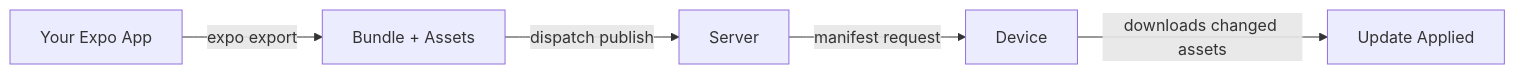
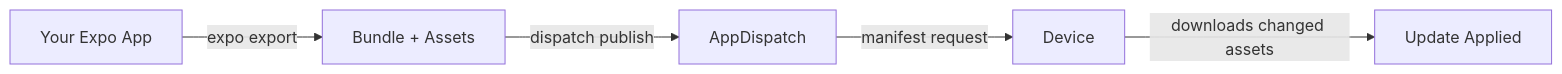
The diagram in app/getting-started/page.mdx (AppDispatch/docs), drawn with Mermaid before and after one commit. The commit also changed other lines of this file and 9 other files, not shown here.

````diff
--- a/app/getting-started/page.mdx
+++ b/app/getting-started/page.mdx
@@ -50,7 +86,7 @@
 ```mermaid
 flowchart LR
   A[Your Expo App] -->|expo export| B[Bundle + Assets]
-  B -->|dispatch publish| C[Server]
+  B -->|dispatch publish| C[AppDispatch]
   C -->|manifest request| D[Device]
   D -->|downloads changed assets| E[Update Applied]
 ```
````
